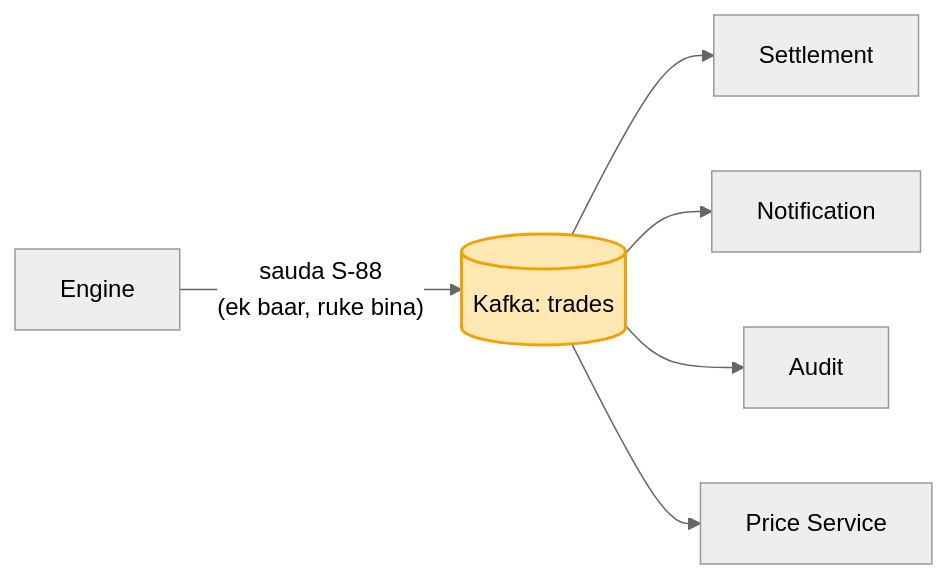
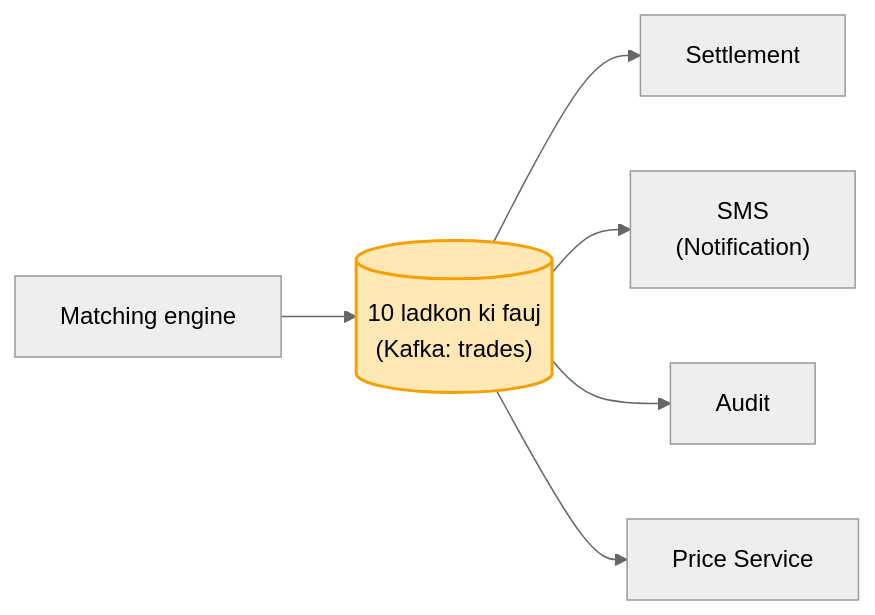
Before and after one commit to ArpanMaheshwari144/Prep: the third of 3 diagrams in 04_HLD/SYSTEM_DESIGNS/05_stock_broker_trading/05_stock_broker_trading.md, drawn with Mermaid (neutral theme). The commit also changed other lines of this file and 13 other files, not shown here.

````diff
--- a/04_HLD/SYSTEM_DESIGNS/05_stock_broker_trading/05_stock_broker_trading.md
+++ b/04_HLD/SYSTEM_DESIGNS/05_stock_broker_trading/05_stock_broker_trading.md
@@ -306,9 +115,9 @@
 ```mermaid
 flowchart LR
-    E["Engine"] -- "sauda S-88<br/>(ek baar, ruke bina)" --> K[("Kafka: trades")]
-    K --> ST["Settlement"]
-    K --> N["Notification"]
+    M["Matching engine"] --> K[("10 ladkon ki fauj<br/>(Kafka: trades)")]
+    K --> S["Settlement"]
+    K --> N["SMS<br/>(Notification)"]
     K --> A["Audit"]
-    K --> PS["Price Service"]
+    K --> P["Price Service"]
     style K fill:#ffe8b3,stroke:#f59f00,stroke-width:2px,color:#000
 ```
````
